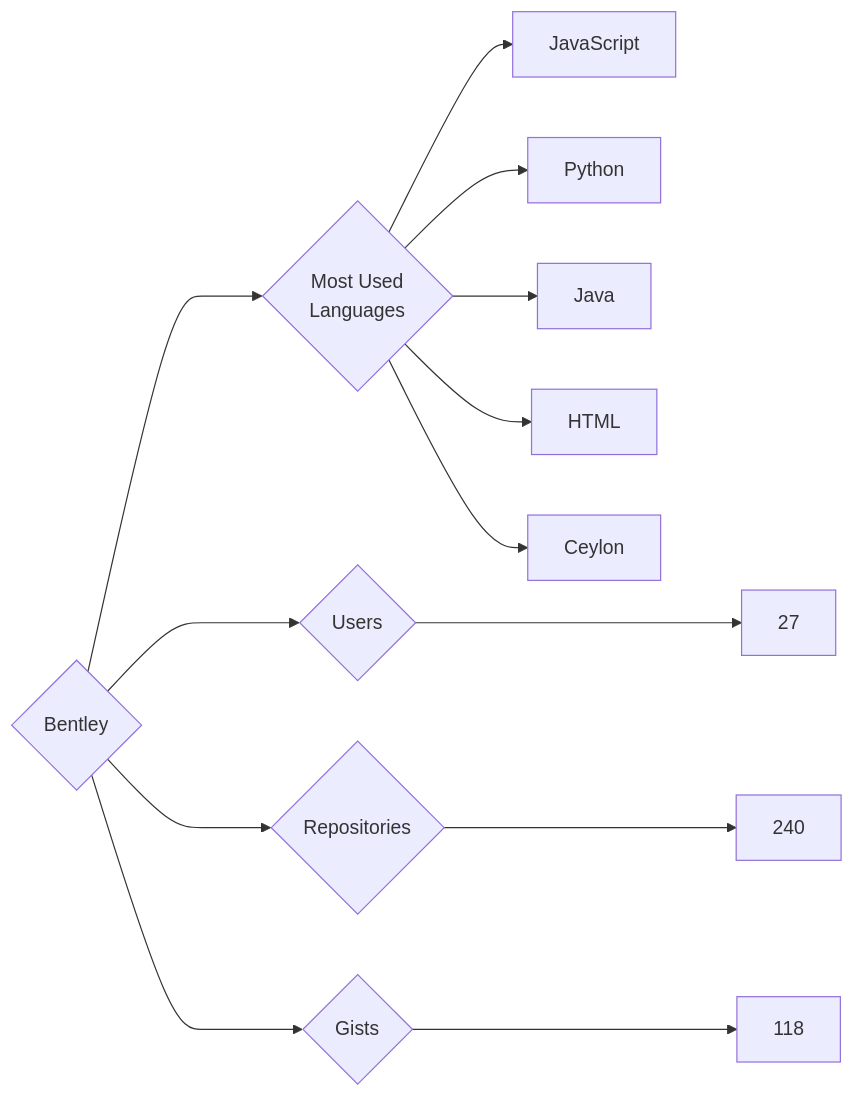
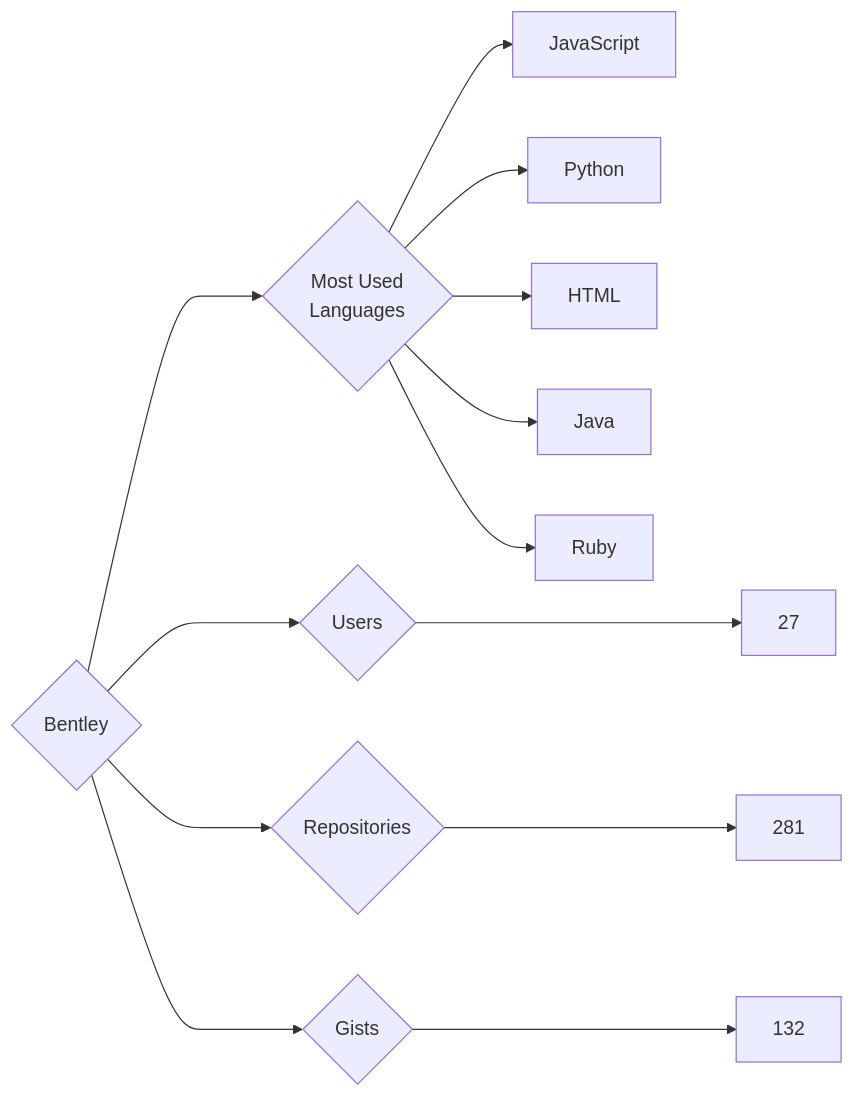
Before and after one commit to trickest/insiders: the diagram in targets/Bentley/README.md, drawn with Mermaid. The commit also changed 953 other files, not shown here.

````diff
--- a/targets/Bentley/README.md
+++ b/targets/Bentley/README.md
@@ -3,13 +3,13 @@
 ```mermaid
 graph LR
 COMPANY_NAME{Bentley}
 COMPANY_NAME ---> U{Users} ---> UN[27]
-COMPANY_NAME ---> R{Repositories} ---> RN[240]
-COMPANY_NAME ---> G{Gists} ---> GN[118]
+COMPANY_NAME ---> R{Repositories} ---> RN[281]
+COMPANY_NAME ---> G{Gists} ---> GN[132]
 COMPANY_NAME ---> ML{Most Used<br>Languages}
 ML --> JavaScript[JavaScript]
 ML --> Python[Python]
+ML --> HTML[HTML]
 ML --> Java[Java]
-ML --> HTML[HTML]
-ML --> Ceylon[Ceylon]
+ML --> Ruby[Ruby]
 ```
````
